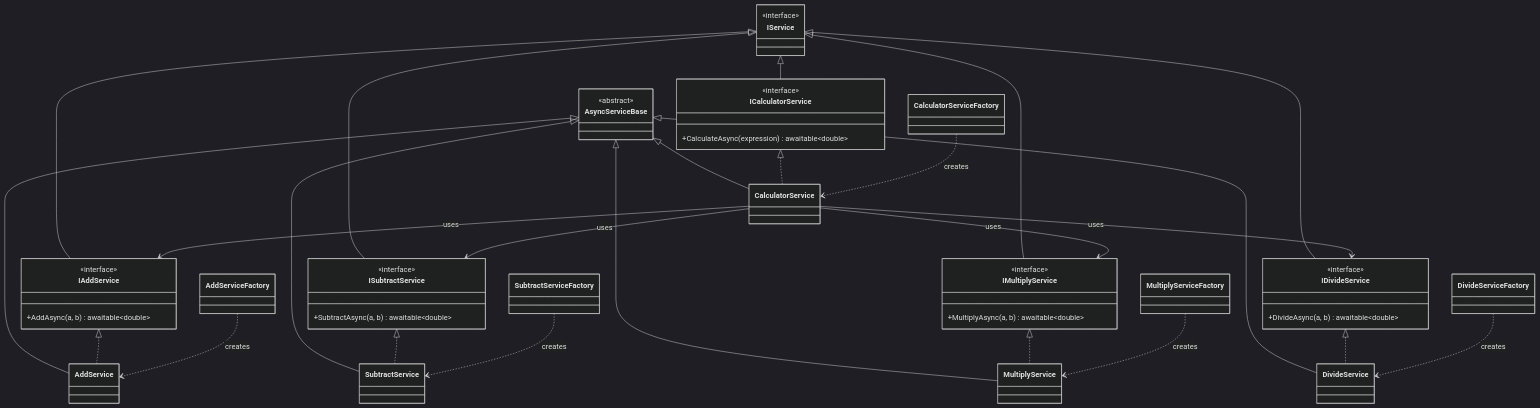
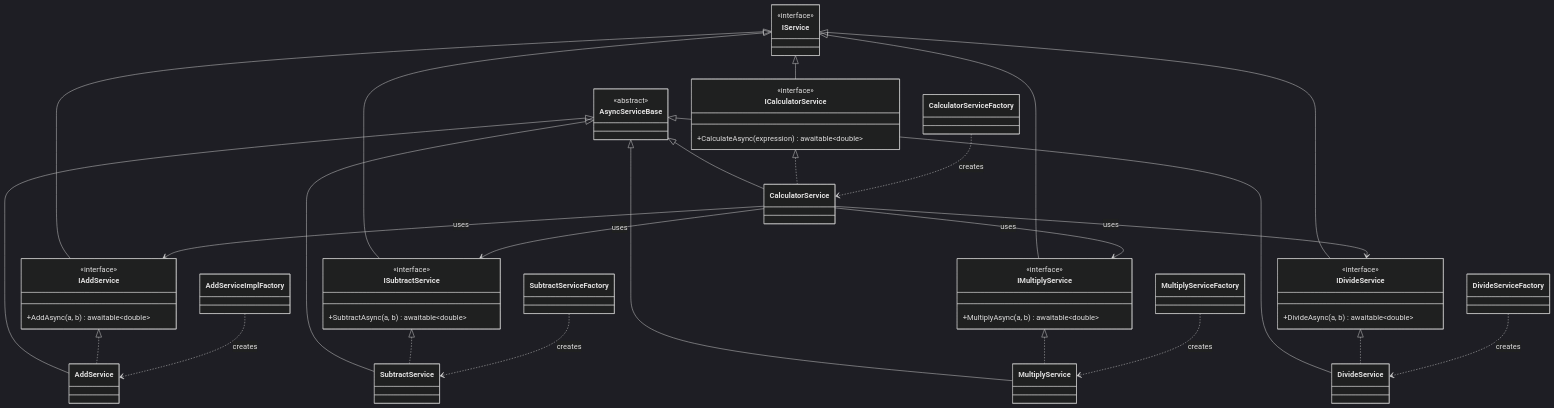
One commit to Unarmed1000/ServiceFrameworkExperiments changed the eighth of 12 diagrams in docs/class-diagrams.md. Above: the diagram before and after it, drawn with Mermaid (dark theme). The commit also changed 5 other files, not shown here.

Commit message:
feat: Rename AddServiceFactory to AddServiceImplFactory and update references

````diff
--- a/docs/class-diagrams.md
+++ b/docs/class-diagrams.md
@@ -369,78 +369,78 @@
 ```mermaid
 classDiagram
     direction TB
 
     class IService {
         <<interface>>
     }
 
     class AsyncServiceBase {
         <<abstract>>
     }
 
     class IAddService {
         <<interface>>
         +AddAsync(a, b) awaitable~double~
     }
 
     class ISubtractService {
         <<interface>>
         +SubtractAsync(a, b) awaitable~double~
     }
 
     class IMultiplyService {
         <<interface>>
         +MultiplyAsync(a, b) awaitable~double~
     }
 
     class IDivideService {
         <<interface>>
         +DivideAsync(a, b) awaitable~double~
     }
 
     class ICalculatorService {
         <<interface>>
         +CalculateAsync(expression) awaitable~double~
     }
 
     class AddService
     class SubtractService
     class MultiplyService
     class DivideService
     class CalculatorService
 
-    class AddServiceFactory
+    class AddServiceImplFactory
     class SubtractServiceFactory
     class MultiplyServiceFactory
     class DivideServiceFactory
     class CalculatorServiceFactory
 
     IService <|-- IAddService
     IService <|-- ISubtractService
     IService <|-- IMultiplyService
     IService <|-- IDivideService
     IService <|-- ICalculatorService
 
     AsyncServiceBase <|-- AddService
     AsyncServiceBase <|-- SubtractService
     AsyncServiceBase <|-- MultiplyService
     AsyncServiceBase <|-- DivideService
     AsyncServiceBase <|-- CalculatorService
 
     IAddService <|.. AddService
     ISubtractService <|.. SubtractService
     IMultiplyService <|.. MultiplyService
     IDivideService <|.. DivideService
     ICalculatorService <|.. CalculatorService
 
-    AddServiceFactory ..> AddService : creates
+    AddServiceImplFactory ..> AddService : creates
     SubtractServiceFactory ..> SubtractService : creates
     MultiplyServiceFactory ..> MultiplyService : creates
     DivideServiceFactory ..> DivideService : creates
     CalculatorServiceFactory ..> CalculatorService : creates
 
     CalculatorService --> IAddService : uses
     CalculatorService --> ISubtractService : uses
     CalculatorService --> IMultiplyService : uses
     CalculatorService --> IDivideService : uses
 ```
````
